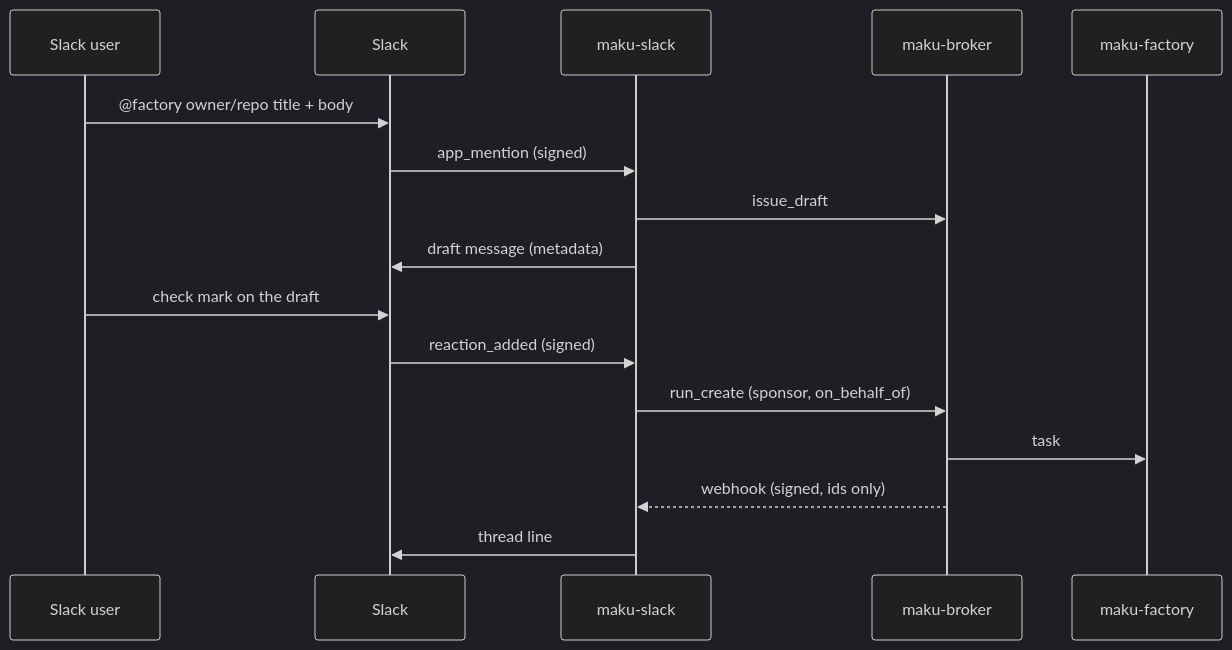
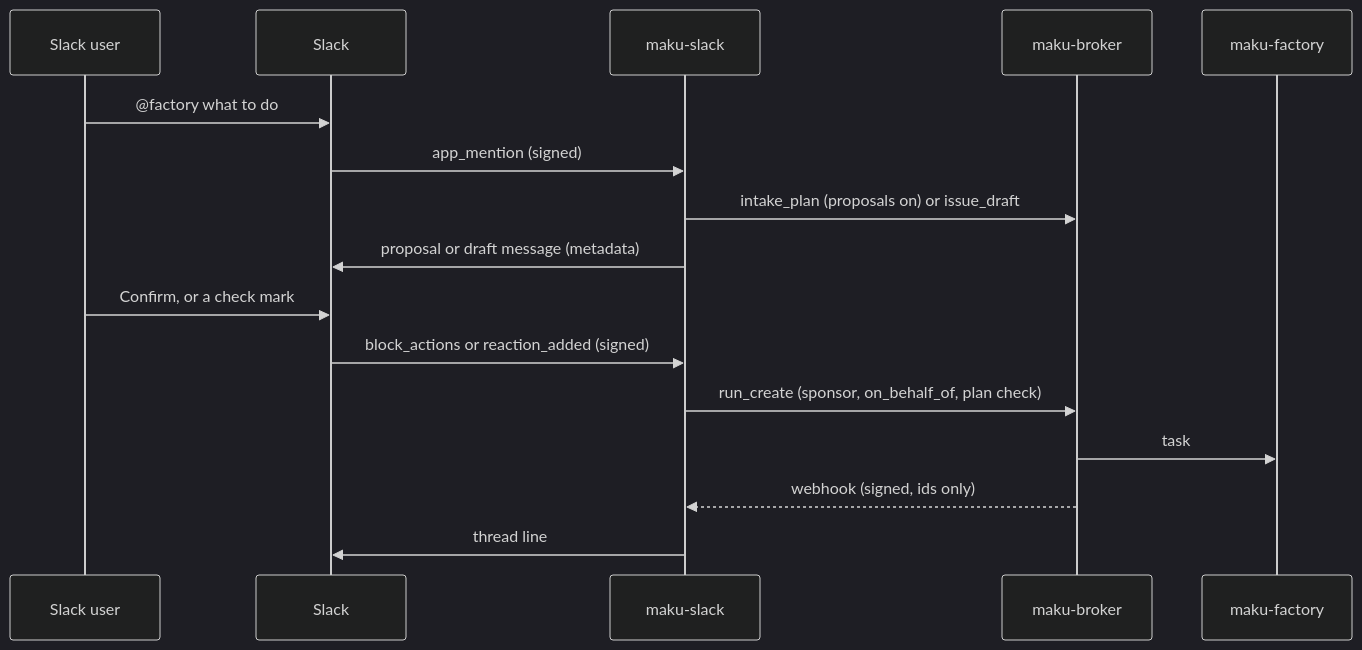
Before and after one commit to Smana/maku: the diagram in docs/slack.md, drawn with Mermaid (dark theme). The commit also changed other lines of this file and 14 other files, not shown here.

````diff
--- a/docs/slack.md
+++ b/docs/slack.md
@@ -5,18 +5,18 @@
 ```mermaid
 sequenceDiagram
   participant U as Slack user
   participant S as Slack
   participant A as maku-slack
   participant B as maku-broker
   participant F as maku-factory
-  U->>S: @factory owner/repo title + body
+  U->>S: @factory what to do
   S->>A: app_mention (signed)
-  A->>B: issue_draft
-  A->>S: draft message (metadata)
-  U->>S: check mark on the draft
-  S->>A: reaction_added (signed)
-  A->>B: run_create (sponsor, on_behalf_of)
+  A->>B: intake_plan (proposals on) or issue_draft
+  A->>S: proposal or draft message (metadata)
+  U->>S: Confirm, or a check mark
+  S->>A: block_actions or reaction_added (signed)
+  A->>B: run_create (sponsor, on_behalf_of, plan check)
   B->>F: task
   B-->>A: webhook (signed, ids only)
   A->>S: thread line
 ```
````
